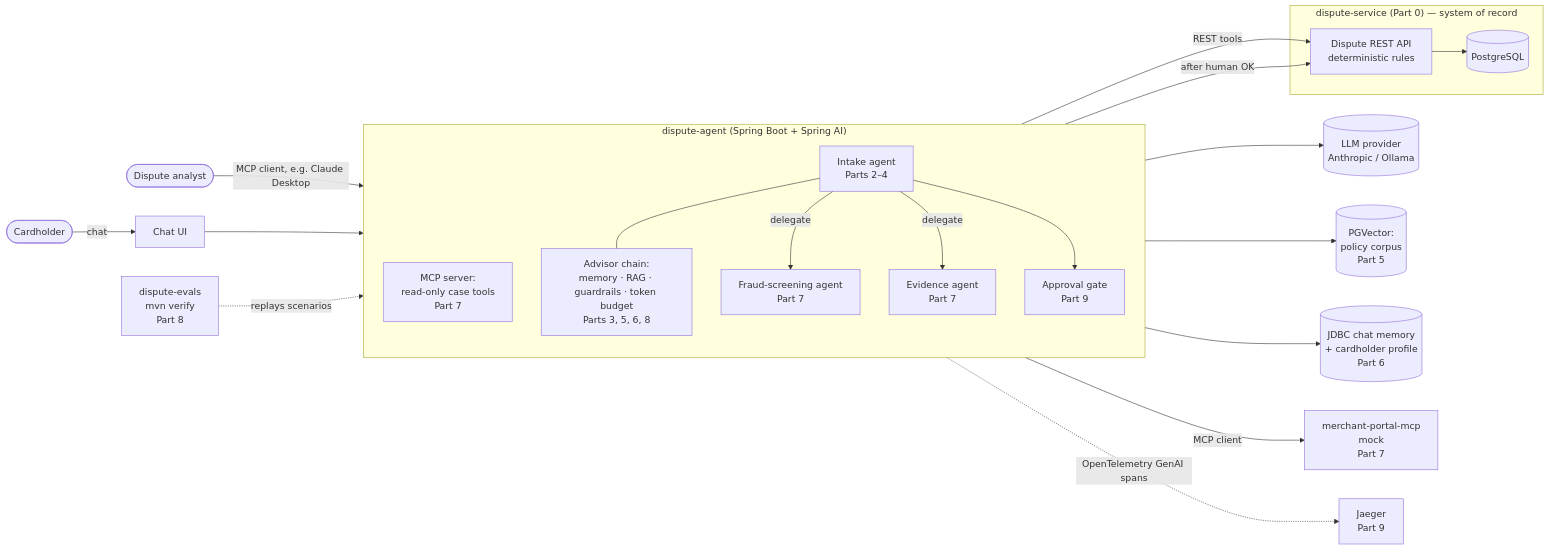
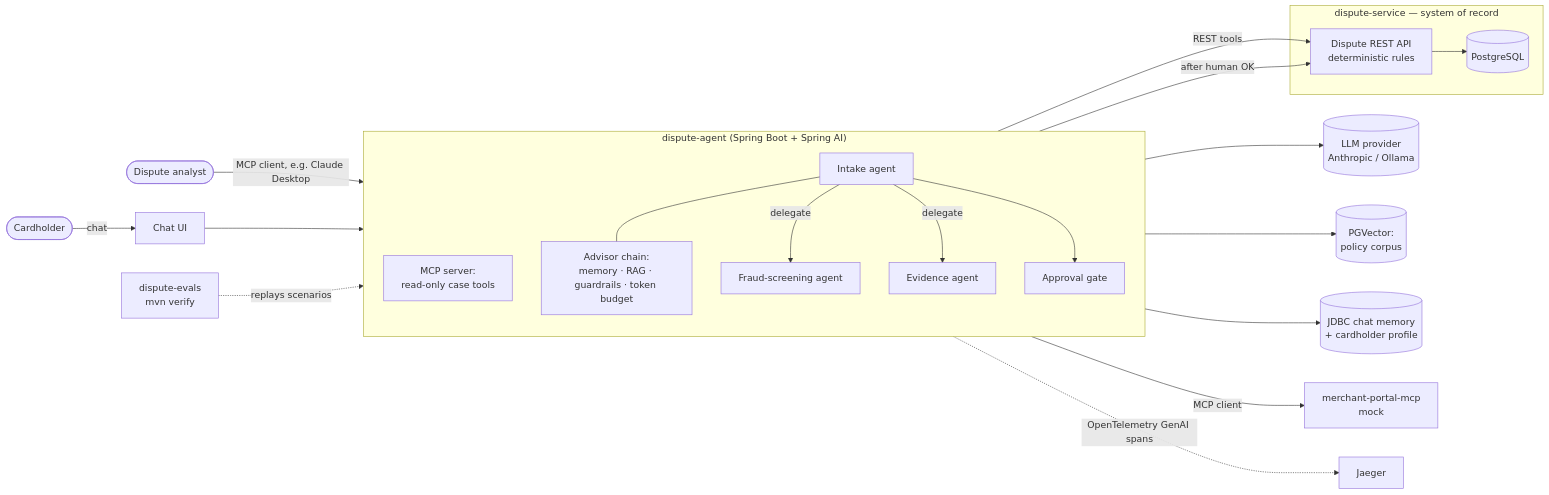
One commit to dhaval201279/dispute-service changed the first of 2 diagrams in docs/architecture.md. Above: the diagram before and after it, drawn with Mermaid.

Commit message:
Updated target state architecture

````diff
--- a/docs/architecture.md
+++ b/docs/architecture.md
@@ -34,34 +34,34 @@
 ```mermaid
 flowchart LR
     CH([Cardholder]) -->|chat| UI[Chat UI]
     AN([Dispute analyst]) -->|MCP client, e.g. Claude Desktop| MCPS
 
     subgraph agent["dispute-agent (Spring Boot + Spring AI)"]
         direction TB
-        INTAKE[Intake agent<br/>Parts 2–4]
-        FRAUD[Fraud-screening agent<br/>Part 7]
-        EVID[Evidence agent<br/>Part 7]
-        ADV[Advisor chain:<br/>memory · RAG · guardrails · token budget<br/>Parts 3, 5, 6, 8]
-        APPROVAL[Approval gate<br/>Part 9]
-        MCPS[MCP server:<br/>read-only case tools<br/>Part 7]
+        INTAKE[Intake agent<br/>]
+        FRAUD[Fraud-screening agent<br/>]
+        EVID[Evidence agent<br/>]
+        ADV[Advisor chain:<br/>memory · RAG · guardrails · token budget<br/>]
+        APPROVAL[Approval gate<br/>]
+        MCPS[MCP server:<br/>read-only case tools<br/>]
         INTAKE --- ADV
         INTAKE -->|delegate| FRAUD
         INTAKE -->|delegate| EVID
         INTAKE --> APPROVAL
     end
 
     UI --> INTAKE
     ADV --> LLM[(LLM provider<br/>Anthropic / Ollama)]
-    ADV --> VEC[(PGVector:<br/>policy corpus<br/>Part 5)]
-    ADV --> MEM[(JDBC chat memory<br/>+ cardholder profile<br/>Part 6)]
+    ADV --> VEC[(PGVector:<br/>policy corpus<br/>)]
+    ADV --> MEM[(JDBC chat memory<br/>+ cardholder profile<br/>)]
     INTAKE -->|REST tools| DS
     APPROVAL -->|after human OK| DS
-    EVID -->|MCP client| MP[merchant-portal-mcp<br/>mock<br/>Part 7]
+    EVID -->|MCP client| MP[merchant-portal-mcp<br/>mock<br/>]
 
-    subgraph core["dispute-service (Part 0) — system of record"]
+    subgraph core["dispute-service — system of record"]
         DS[Dispute REST API<br/>deterministic rules] --> DB[(PostgreSQL)]
     end
 
-    agent -.->|OpenTelemetry GenAI spans| JAEGER[Jaeger<br/>Part 9]
-    EVALS[dispute-evals<br/>mvn verify<br/>Part 8] -.->|replays scenarios| agent
+    agent -.->|OpenTelemetry GenAI spans| JAEGER[Jaeger<br/>]
+    EVALS[dispute-evals<br/>mvn verify<br/>] -.->|replays scenarios| agent
 ```
````
